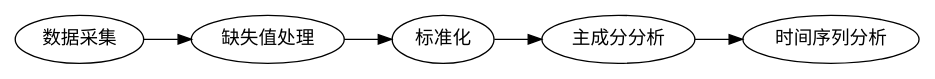
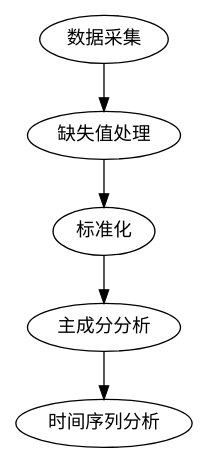
One commit to Freed-Wu/account-paper changed the diagram in fig/content.dot. Above: the diagram before and after it, drawn with Graphviz. The commit also changed 5 other files, not shown here.

```diff
--- a/fig/content.dot
+++ b/fig/content.dot
@@ -1,4 +1,3 @@
 digraph G {
-	rankdir = LR
 	数据采集 -> 缺失值处理 -> 标准化 -> 主成分分析 -> 时间序列分析
 }
```
